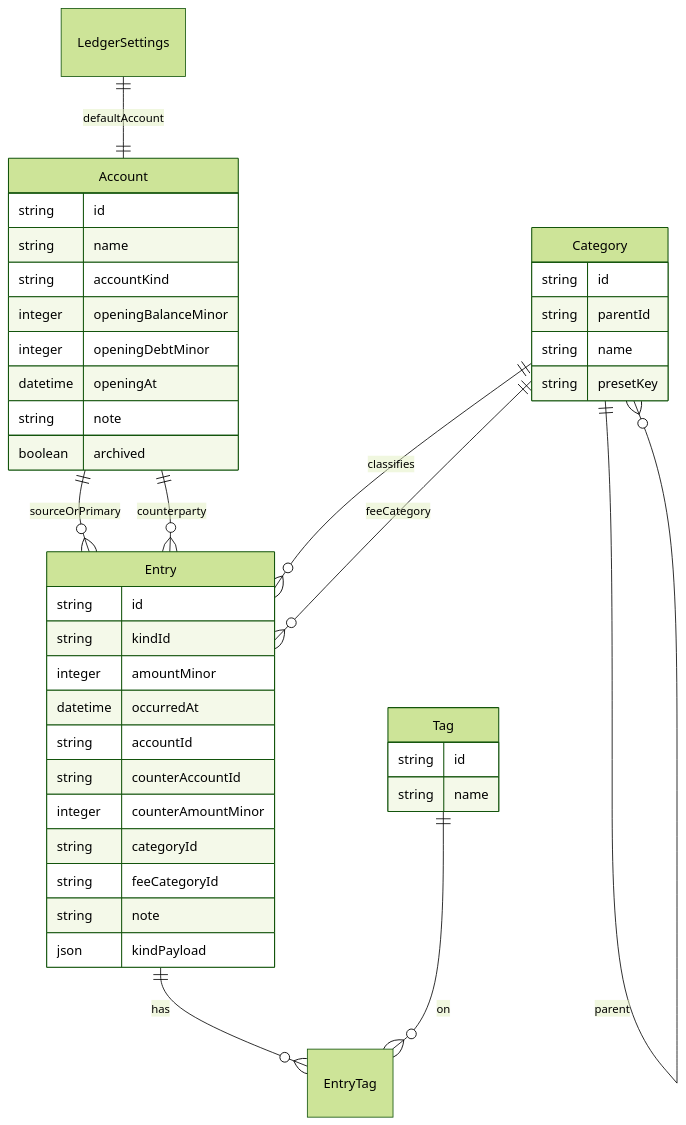
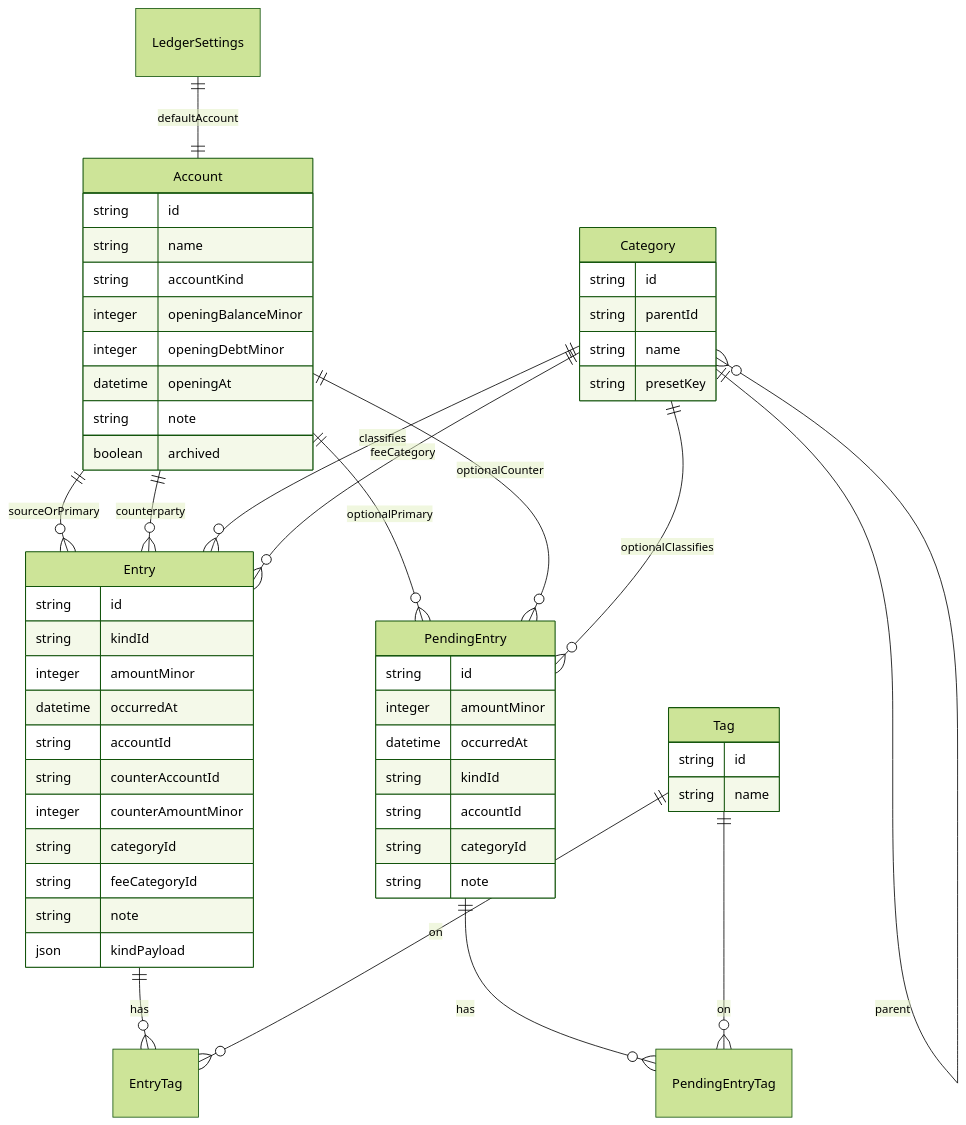
The diagram in docs/domain-model.md (YuliannusYin/yuli-ledger), drawn with Mermaid (forest theme) before and after one commit. The commit also changed other lines of this file and 38 other files, not shown here.

````diff
--- a/docs/domain-model.md
+++ b/docs/domain-model.md
@@ -17,44 +17,58 @@
 ```mermaid
 erDiagram
   LedgerSettings ||--|| Account : defaultAccount
   Account ||--o{ Entry : sourceOrPrimary
   Account ||--o{ Entry : counterparty
   Category ||--o{ Category : parent
   Category ||--o{ Entry : classifies
   Category ||--o{ Entry : feeCategory
   Entry ||--o{ EntryTag : has
+  Account ||--o{ PendingEntry : optionalPrimary
+  Account ||--o{ PendingEntry : optionalCounter
+  Category ||--o{ PendingEntry : optionalClassifies
+  PendingEntry ||--o{ PendingEntryTag : has
   Tag ||--o{ EntryTag : on
+  Tag ||--o{ PendingEntryTag : on
   Account {
     string id
     string name
     string accountKind
     integer openingBalanceMinor
     integer openingDebtMinor
     datetime openingAt
     string note
     boolean archived
   }
   Category {
     string id
     string parentId
     string name
     string presetKey
   }
   Entry {
     string id
     string kindId
     integer amountMinor
     datetime occurredAt
     string accountId
     string counterAccountId
     integer counterAmountMinor
     string categoryId
     string feeCategoryId
     string note
     json kindPayload
   }
+  PendingEntry {
+    string id
+    integer amountMinor
+    datetime occurredAt
+    string kindId
+    string accountId
+    string categoryId
+    string note
+  }
   Tag {
     string id
     string name
   }
 ```
````
